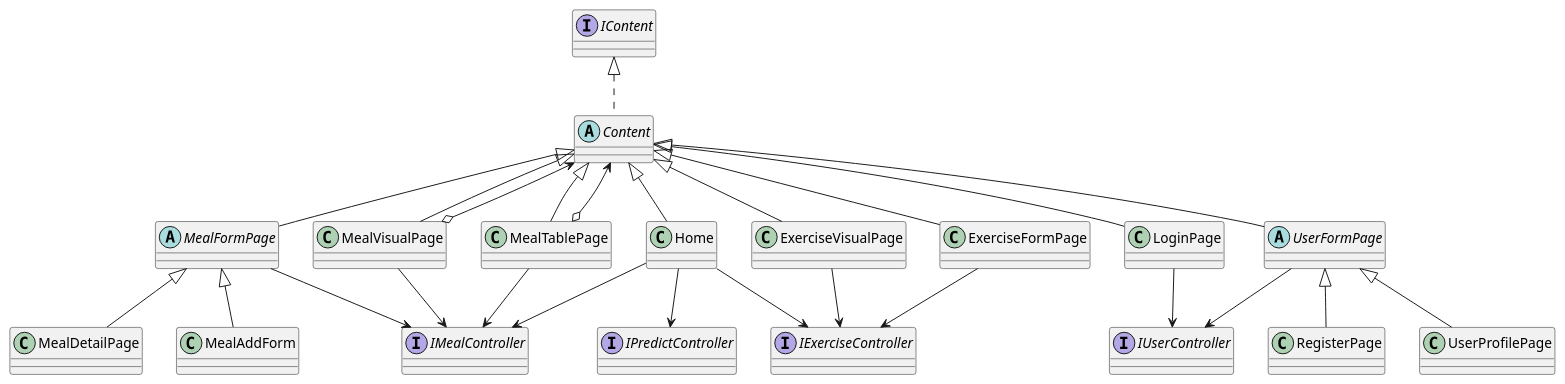
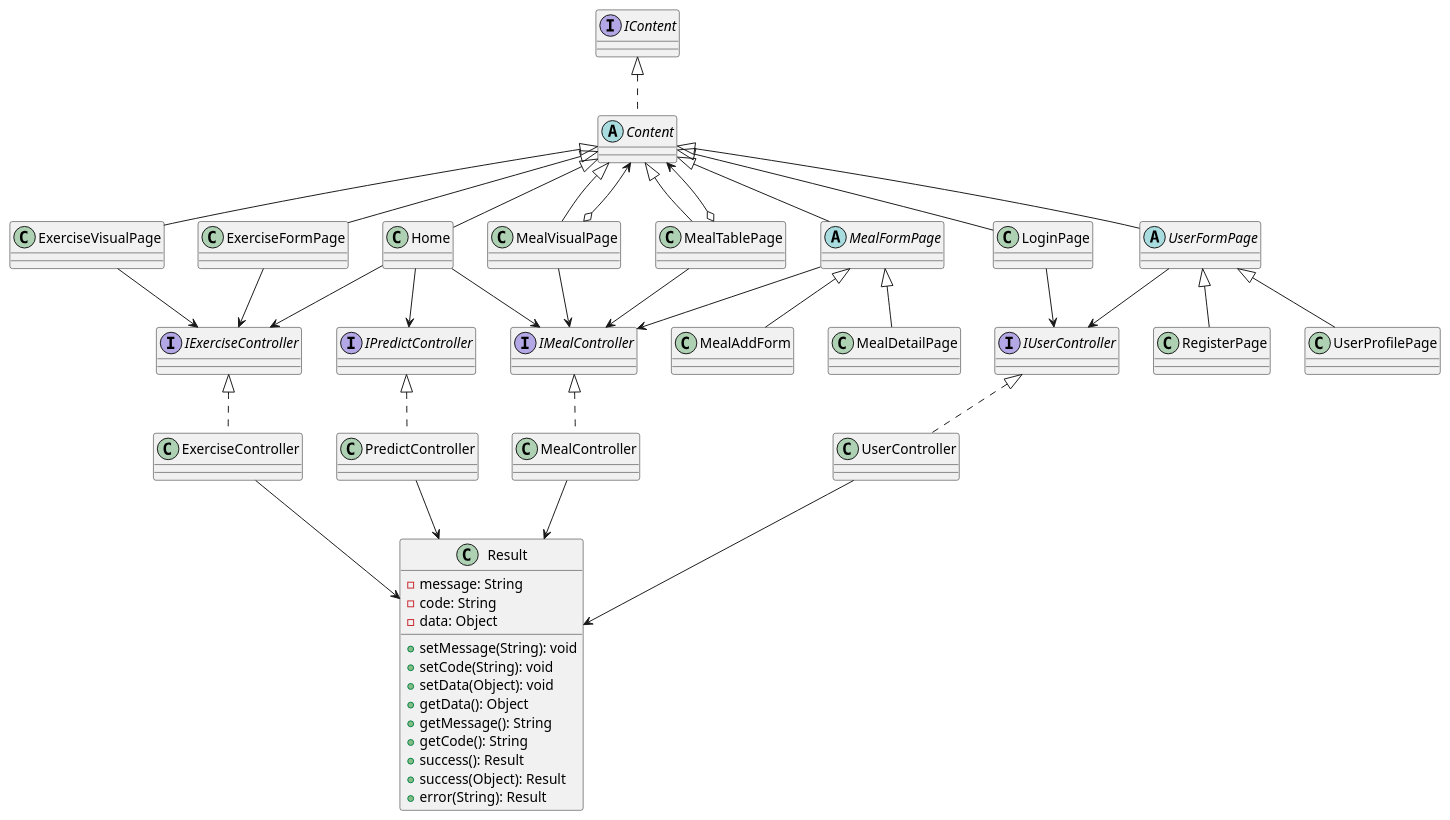
Before and after one commit to leidZhang/Nutrifit: the diagram in doc/class-diagram/intermediate/Structure.puml, drawn with PlantUML. The commit also changed 15 other files, not shown here.

Commit message:
UML diagrams

```diff
--- a/doc/class-diagram/intermediate/Structure.puml
+++ b/doc/class-diagram/intermediate/Structure.puml
@@ -1,56 +1,82 @@
 @startuml
 'https://plantuml.com/class-diagram
 
 abstract class Content
 interface IContent
 
 class Home
 class RegisterPage
 class LoginPage
 class MealVisualPage
 class MealTablePage
 class MealDetailPage
 class MealAddForm
 class ExerciseFormPage
 class ExerciseVisualPage
 class UserProfilePage
 abstract class MealFormPage
 abstract class UserFormPage
 
 IContent <|.. Content
 MealFormPage -up-|> Content
 UserFormPage -up-|> Content
 RegisterPage -up-|> UserFormPage
 UserProfilePage -up-|> UserFormPage
 LoginPage -up-|> Content
 MealDetailPage -up-|> MealFormPage
 MealAddForm -up-|> MealFormPage
 MealTablePage -up-|> Content
 MealTablePage o--> Content
 MealVisualPage -up-|> Content
 Home -up-|> Content
 ExerciseVisualPage -up-|> Content
 ExerciseFormPage -up-|> Content
 MealVisualPage o--> Content
 
 interface IUserController
 
 IUserController <-up- UserFormPage
 IUserController <-up- LoginPage
 
 interface IMealController
 
 IMealController <-up- MealTablePage
 IMealController <-up- MealVisualPage
 IMealController <-up- MealFormPage
 
 interface IExerciseController
 interface IPredictController
 
 IExerciseController <-up- ExerciseFormPage
 IExerciseController <-up- ExerciseVisualPage
 IPredictController <-up- Home
 IMealController <-up- Home
 IExerciseController <-up- Home
 
+MealController .up.|> IMealController
+PredictController .up.|> IPredictController
+ExerciseController .up.|> IExerciseController
+UserController .up.|> IUserController
+
+class Result {
+  - message: String
+  - code: String
+  - data: Object
+
+  + setMessage(String): void
+  + setCode(String): void
+  + setData(Object): void
+  + getData(): Object
+  + getMessage(): String
+  + getCode(): String
+  + success(): Result
+  + success(Object): Result
+  + error(String): Result
+}
+
+Result <-up- UserController
+Result <-up- MealController
+Result <-up- PredictController
+Result <-up- ExerciseController
+
 @enduml
```
